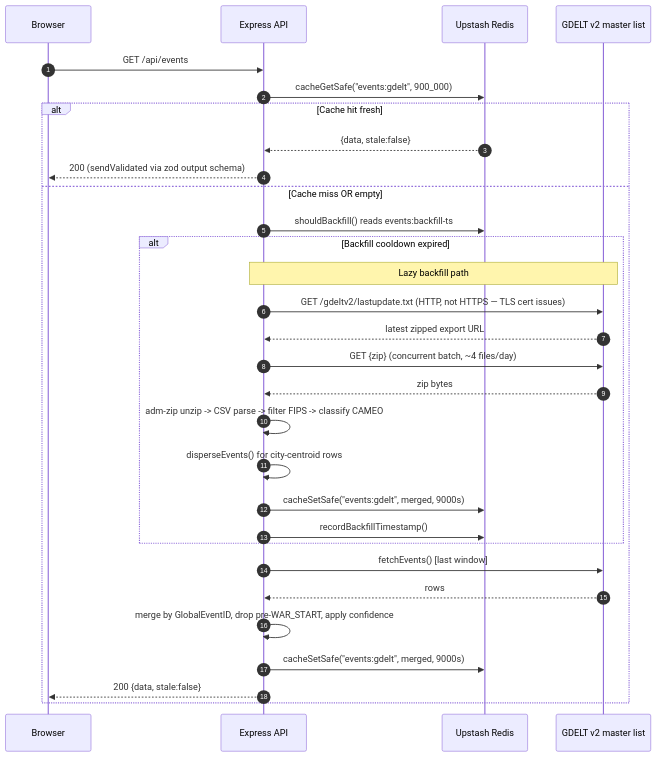
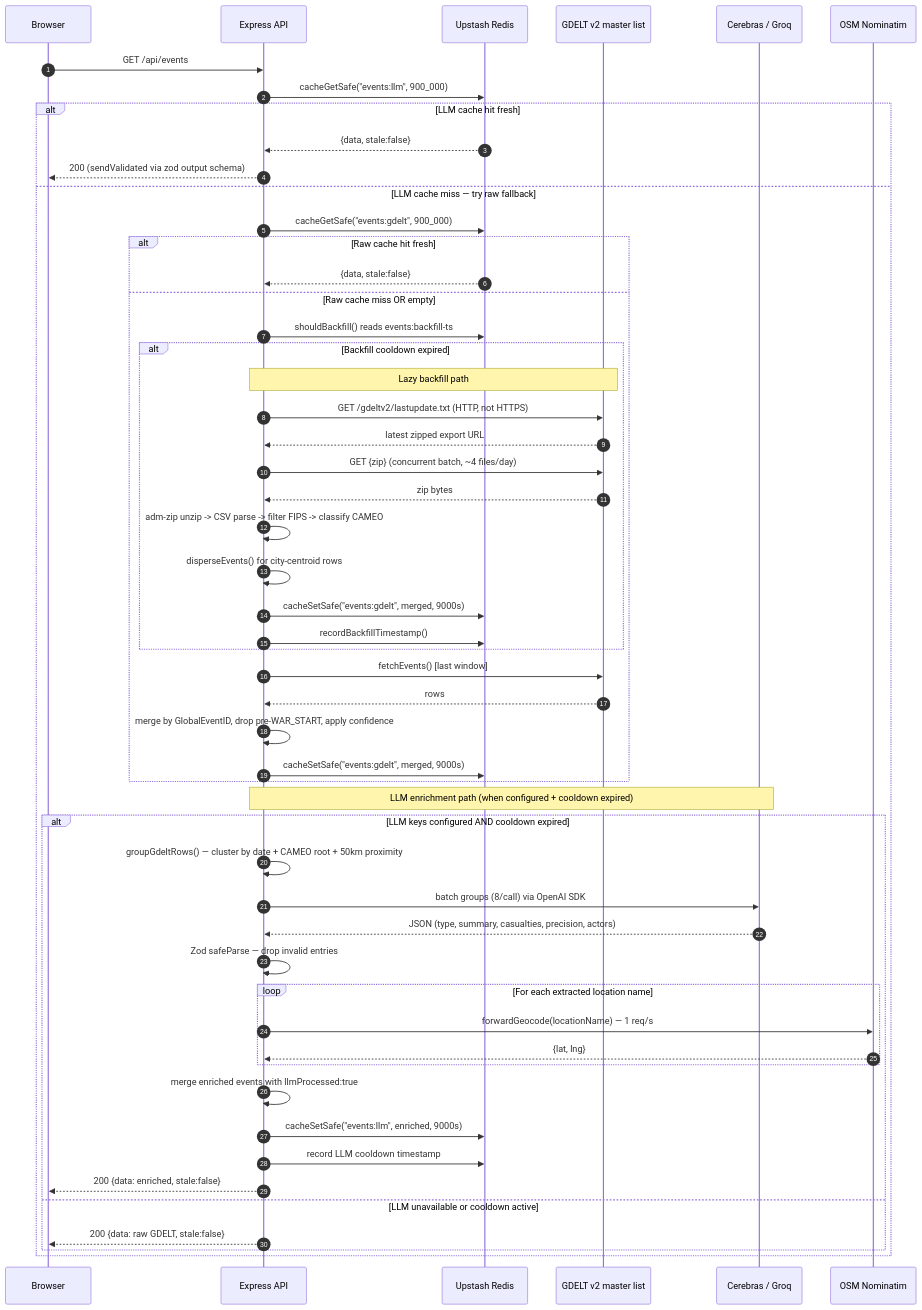
One commit to zack-maz/onthegrid.icm changed the third of 9 diagrams in docs/architecture/data-flows.md. Above: the diagram before and after it, drawn with Mermaid. The commit also changed other lines of this file and 5 other files, not shown here.

First line of the commit message:
docs(27-06): update architecture docs and CLAUDE.md for Phase 27

````diff
--- a/docs/architecture/data-flows.md
+++ b/docs/architecture/data-flows.md
@@ -147,33 +150,57 @@
 ```mermaid
 sequenceDiagram
     autonumber
     participant Browser
     participant API as Express API
     participant Cache as Upstash Redis
     participant GDELT as GDELT v2 master list
+    participant LLM as Cerebras / Groq
+    participant Nominatim as OSM Nominatim
 
     Browser->>API: GET /api/events
-    API->>Cache: cacheGetSafe("events:gdelt", 900_000)
-    alt Cache hit fresh
+    API->>Cache: cacheGetSafe("events:llm", 900_000)
+    alt LLM cache hit fresh
         Cache-->>API: {data, stale:false}
         API-->>Browser: 200 (sendValidated via zod output schema)
-    else Cache miss OR empty
-        API->>Cache: shouldBackfill() reads events:backfill-ts
-        alt Backfill cooldown expired
-            note over API,GDELT: Lazy backfill path
-            API->>GDELT: GET /gdeltv2/lastupdate.txt (HTTP, not HTTPS — TLS cert issues)
-            GDELT-->>API: latest zipped export URL
-            API->>GDELT: GET {zip} (concurrent batch, ~4 files/day)
-            GDELT-->>API: zip bytes
-            API->>API: adm-zip unzip -> CSV parse -> filter FIPS -> classify CAMEO
-            API->>API: disperseEvents() for city-centroid rows
+    else LLM cache miss — try raw fallback
+        API->>Cache: cacheGetSafe("events:gdelt", 900_000)
+        alt Raw cache hit fresh
+            Cache-->>API: {data, stale:false}
+        else Raw cache miss OR empty
+            API->>Cache: shouldBackfill() reads events:backfill-ts
+            alt Backfill cooldown expired
+                note over API,GDELT: Lazy backfill path
+                API->>GDELT: GET /gdeltv2/lastupdate.txt (HTTP, not HTTPS)
+                GDELT-->>API: latest zipped export URL
+                API->>GDELT: GET {zip} (concurrent batch, ~4 files/day)
+                GDELT-->>API: zip bytes
+                API->>API: adm-zip unzip -> CSV parse -> filter FIPS -> classify CAMEO
+                API->>API: disperseEvents() for city-centroid rows
+                API->>Cache: cacheSetSafe("events:gdelt", merged, 9000s)
+                API->>Cache: recordBackfillTimestamp()
+            end
+            API->>GDELT: fetchEvents() [last window]
+            GDELT-->>API: rows
+            API->>API: merge by GlobalEventID, drop pre-WAR_START, apply confidence
             API->>Cache: cacheSetSafe("events:gdelt", merged, 9000s)
-            API->>Cache: recordBackfillTimestamp()
         end
-        API->>GDELT: fetchEvents() [last window]
-        GDELT-->>API: rows
-        API->>API: merge by GlobalEventID, drop pre-WAR_START, apply confidence
-        API->>Cache: cacheSetSafe("events:gdelt", merged, 9000s)
-        API-->>Browser: 200 {data, stale:false}
+
+        note over API,LLM: LLM enrichment path (when configured + cooldown expired)
+        alt LLM keys configured AND cooldown expired
+            API->>API: groupGdeltRows() — cluster by date + CAMEO root + 50km proximity
+            API->>LLM: batch groups (8/call) via OpenAI SDK
+            LLM-->>API: JSON (type, summary, casualties, precision, actors)
+            API->>API: Zod safeParse — drop invalid entries
+            loop For each extracted location name
+                API->>Nominatim: forwardGeocode(locationName) — 1 req/s
+                Nominatim-->>API: {lat, lng}
+            end
+            API->>API: merge enriched events with llmProcessed:true
+            API->>Cache: cacheSetSafe("events:llm", enriched, 9000s)
+            API->>Cache: record LLM cooldown timestamp
+            API-->>Browser: 200 {data: enriched, stale:false}
+        else LLM unavailable or cooldown active
+            API-->>Browser: 200 {data: raw GDELT, stale:false}
+        end
     end
 ```
````
